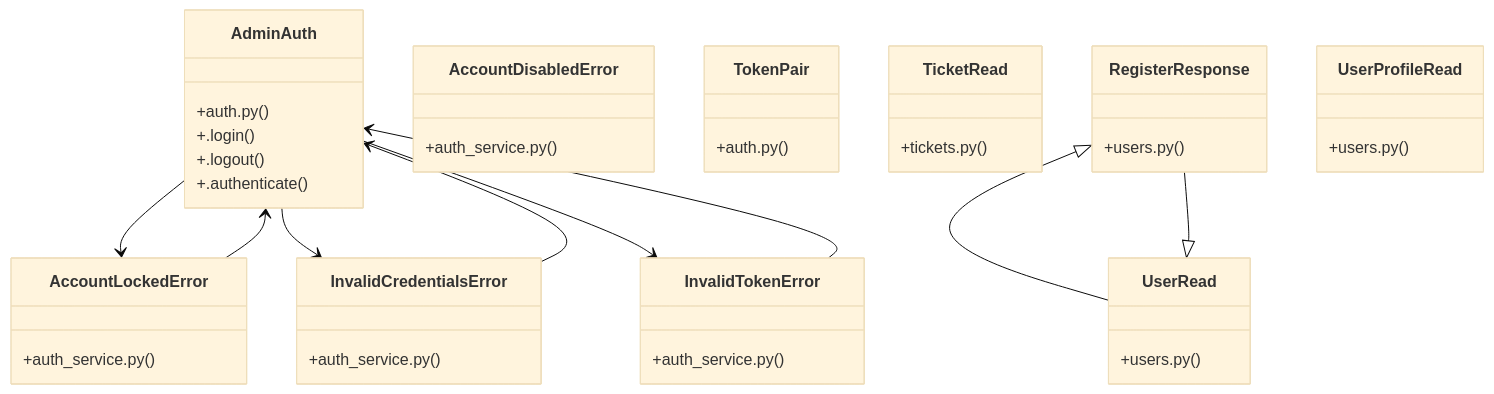
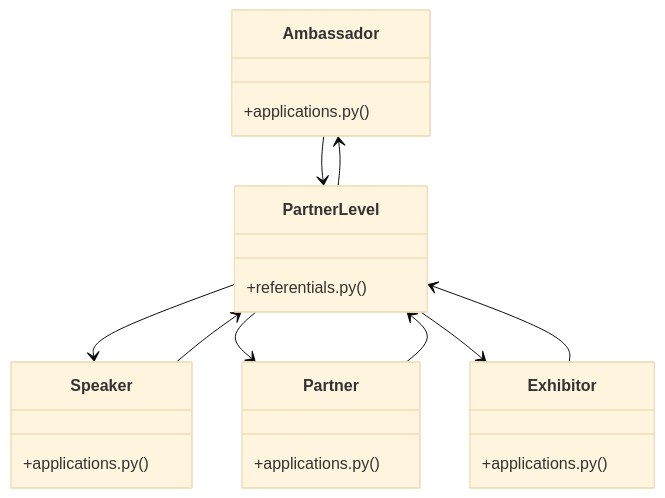
The diagram in graphify-out/wiki/[PromoCode_&_Payment]_Cluster.md (adjanayo/synca_conf_back), drawn with Mermaid (base theme) before and after one commit. The commit also changed other lines of this file and 89 other files, not shown here.

Commit message:
docs: journal — rappels waitlist récurrents + regen graphify

````diff
--- a/graphify-out/wiki/[PromoCode_&_Payment]_Cluster.md
+++ b/graphify-out/wiki/[PromoCode_&_Payment]_Cluster.md
@@ -36,44 +36,26 @@
 ```mermaid
 classDiagram
-    class AdminAuth {
-        +auth.py()
-        +.login()
-        +.logout()
-        +.authenticate()
+    class Ambassador {
+        +applications.py()
     }
-    class AccountDisabledError {
-        +auth_service.py()
+    class Exhibitor {
+        +applications.py()
     }
-    class AccountLockedError {
-        +auth_service.py()
+    class Partner {
+        +applications.py()
     }
-    class InvalidCredentialsError {
-        +auth_service.py()
+    class Speaker {
+        +applications.py()
     }
-    class InvalidTokenError {
-        +auth_service.py()
+    class PartnerLevel {
+        +referentials.py()
     }
-    class TokenPair {
-        +auth.py()
-    }
-    class TicketRead {
-        +tickets.py()
-    }
-    class RegisterResponse {
-        +users.py()
-    }
-    class UserProfileRead {
-        +users.py()
-    }
-    class UserRead {
-        +users.py()
-    }
-    AdminAuth --> AccountLockedError
-    AdminAuth --> InvalidCredentialsError
-    AdminAuth --> InvalidTokenError
-    AccountLockedError --> AdminAuth
-    InvalidCredentialsError --> AdminAuth
-    InvalidTokenError --> AdminAuth
-    UserRead <|-- RegisterResponse
-    RegisterResponse <|-- UserRead
+    Ambassador --> PartnerLevel
+    Exhibitor --> PartnerLevel
+    Partner --> PartnerLevel
+    Speaker --> PartnerLevel
+    PartnerLevel --> Speaker
+    PartnerLevel --> Ambassador
+    PartnerLevel --> Partner
+    PartnerLevel --> Exhibitor
 ```
````
